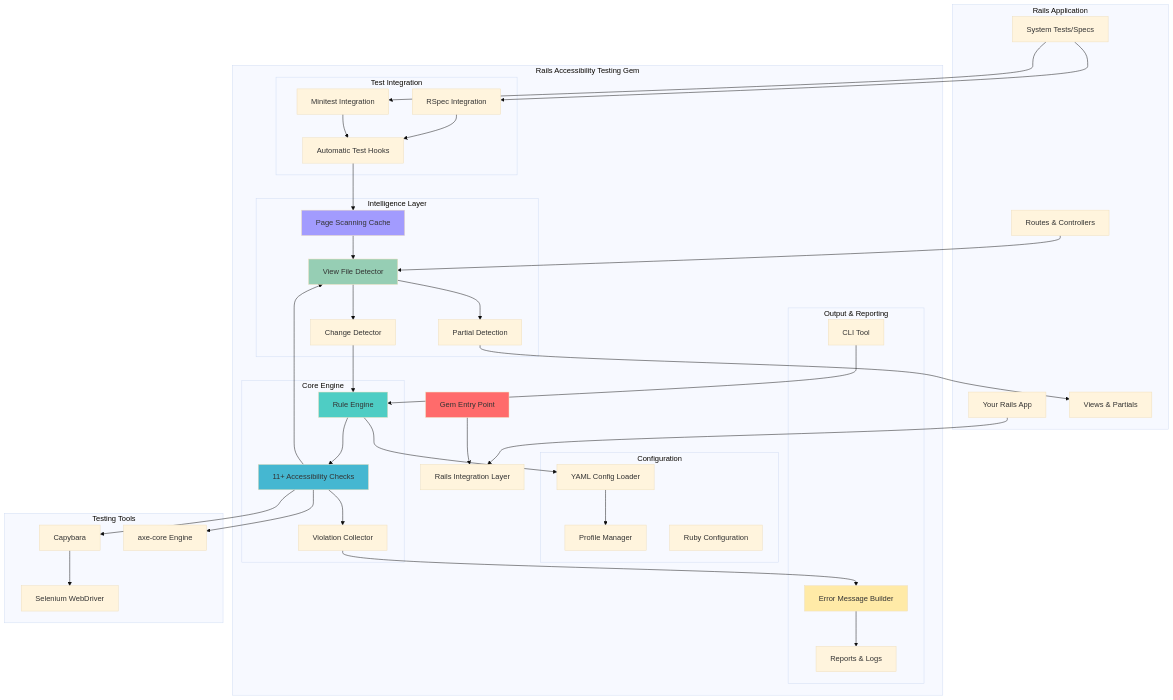
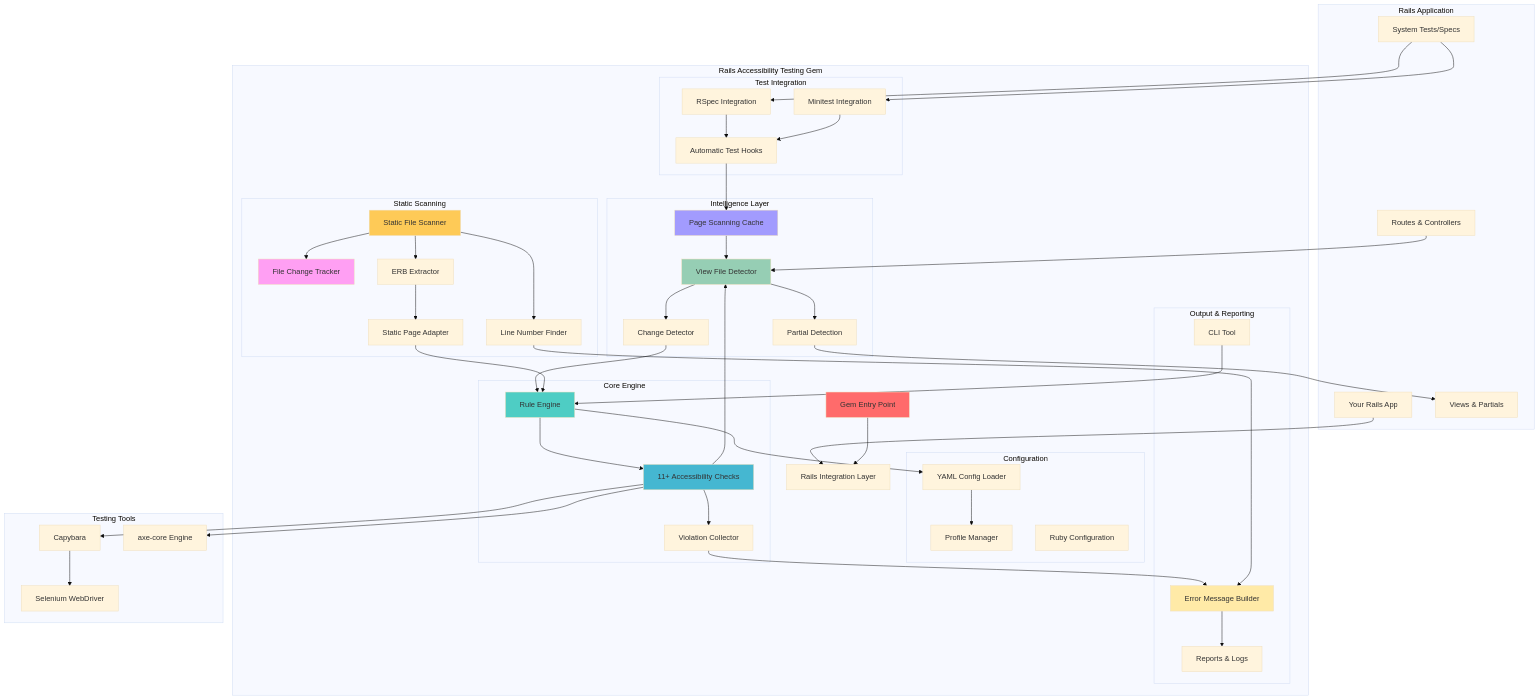
The first of 6 diagrams in ARCHITECTURE.md (rayraycodes/rails-accessibility-testing), drawn with Mermaid (base theme) before and after one commit. The commit also changed other lines of this file and 23 other files, not shown here.

First line of the commit message:
Release v1.5.4: Static scanner improvements and documentation updates

````diff
--- a/ARCHITECTURE.md
+++ b/ARCHITECTURE.md
@@ -106,6 +114,14 @@
             PartialDetector[Partial Detection]
             ChangeDetector[Change Detector]
             Cache[Page Scanning Cache]
+        end
+        
+        subgraph "Static Scanning"
+            StaticScanner[Static File Scanner]
+            FileTracker[File Change Tracker]
+            ErbExtractor[ERB Extractor]
+            StaticAdapter[Static Page Adapter]
+            LineFinder[Line Number Finder]
         end
         
         subgraph "Configuration"
@@ -154,10 +170,19 @@
     CLI --> RuleEngine
     Routes --> ViewDetector
     
+    StaticScanner --> FileTracker
+    StaticScanner --> ErbExtractor
+    ErbExtractor --> StaticAdapter
+    StaticAdapter --> RuleEngine
+    StaticScanner --> LineFinder
+    LineFinder --> ErrorBuilder
+    
     style Entry fill:#ff6b6b
     style RuleEngine fill:#4ecdc4
     style Checks fill:#45b7d1
     style ViewDetector fill:#96ceb4
     style ErrorBuilder fill:#ffeaa7
     style Cache fill:#a29bfe
+    style StaticScanner fill:#feca57
+    style FileTracker fill:#ff9ff3
 ```
````
